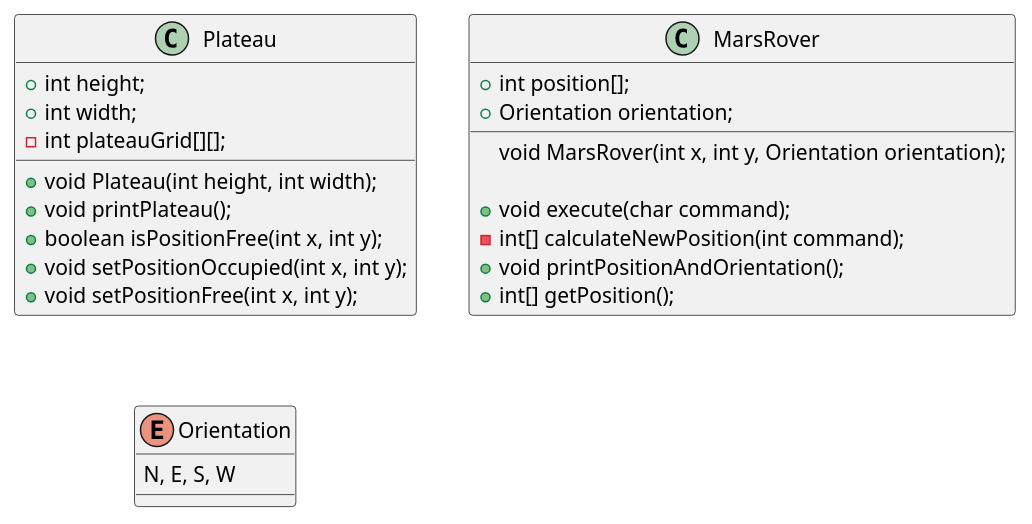
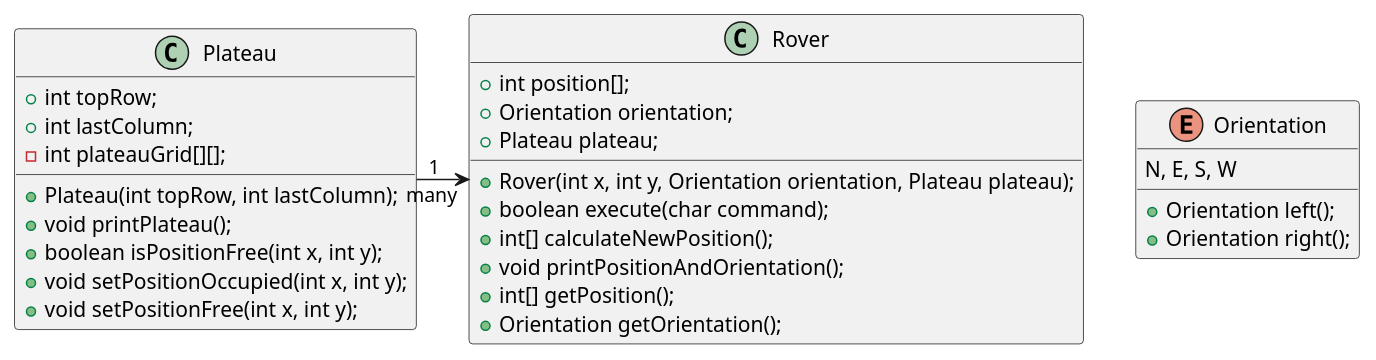
The diagram in MarsRover.puml (MayaVs/MarsRover), drawn with PlantUML before and after one commit. The commit also changed 9 other files, not shown here.

Commit message:
Added a Stack for many rovers on the plateau.

```diff
--- a/MarsRover.puml
+++ b/MarsRover.puml
@@ -1,30 +1,34 @@
 @startuml
 'https://plantuml.com/class-diagram
 
 class Plateau{
-    + int height;
-    + int width;
+    + int topRow;
+    + int lastColumn;
     - int plateauGrid[][];
 
-    + void Plateau(int height, int width);
+    + Plateau(int topRow, int lastColumn);
     + void printPlateau();
     + boolean isPositionFree(int x, int y);
     + void setPositionOccupied(int x, int y);
     + void setPositionFree(int x, int y);
 }
 
-class MarsRover{
+class Rover{
     + int position[];
     + Orientation orientation;
+    + Plateau plateau;
 
-    void MarsRover(int x, int y, Orientation orientation);
-
-    + void execute(char command);
-    - int[] calculateNewPosition(int command);
+    + Rover(int x, int y, Orientation orientation, Plateau plateau);
+    + boolean execute(char command);
+    + int[] calculateNewPosition();
     + void printPositionAndOrientation();
     + int[] getPosition();
+    + Orientation getOrientation();
 }
+Plateau "1" -> "many" Rover
 enum Orientation{
     N, E, S, W
+    + Orientation left();
+    + Orientation right();
 }
 @enduml
```
